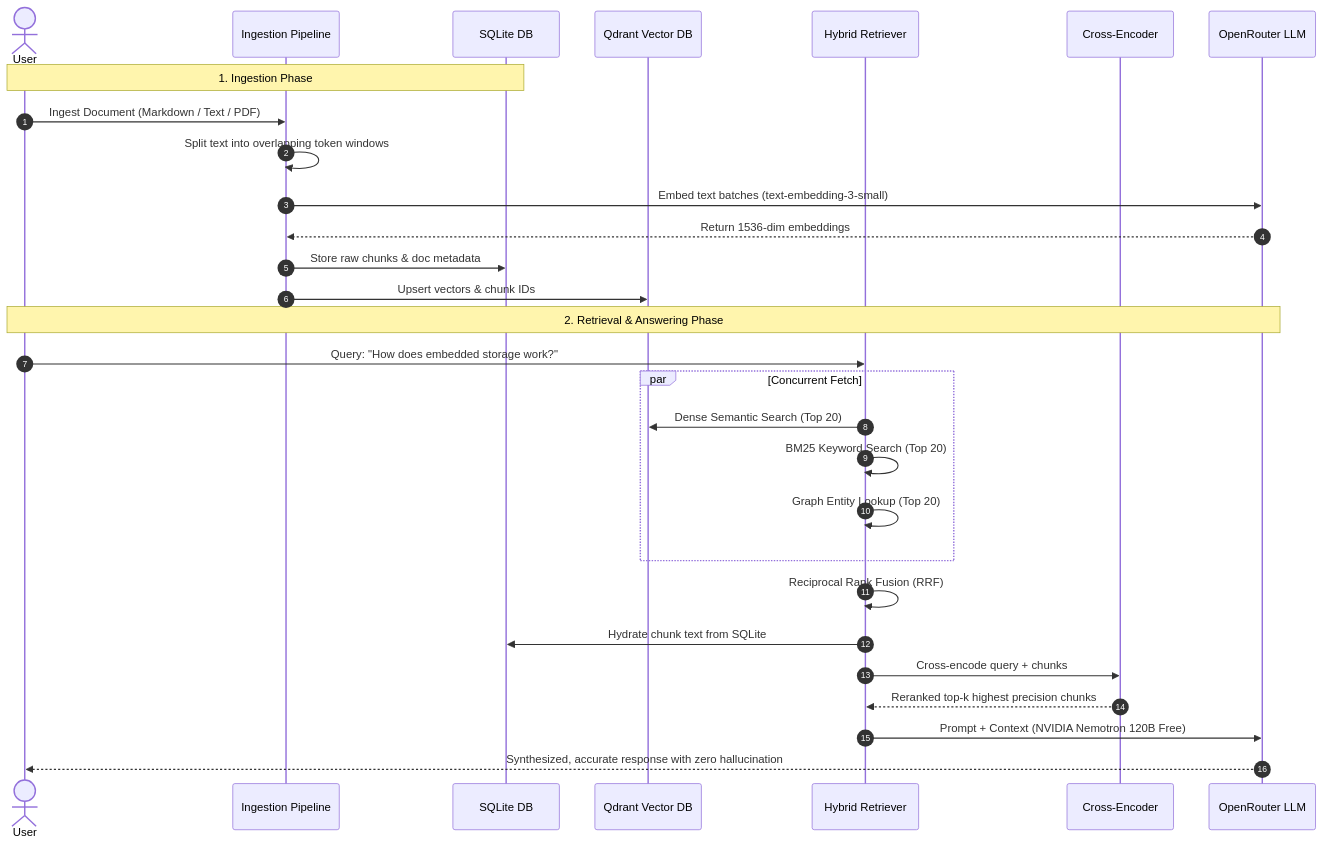
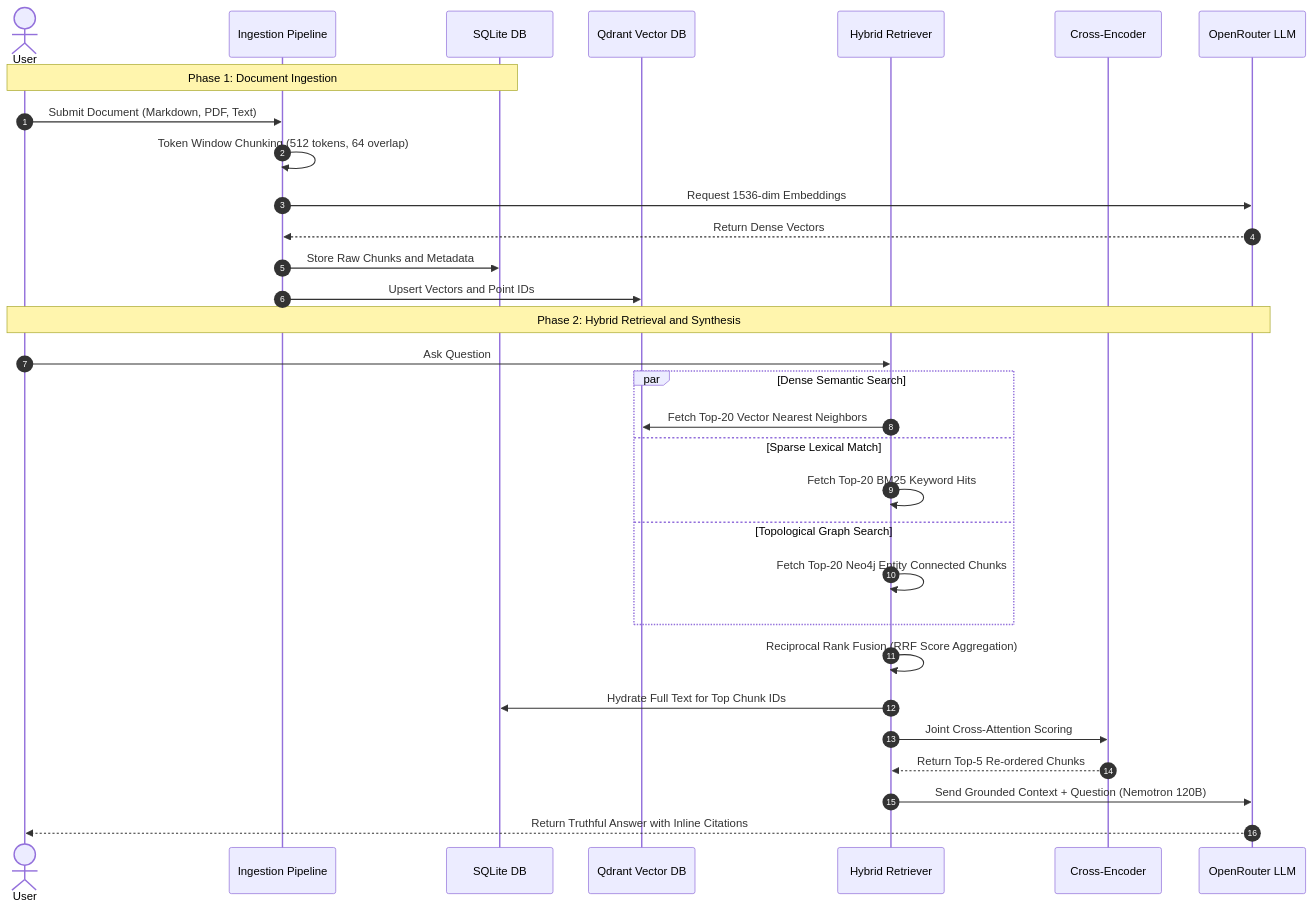
Before and after one commit to piyushkumar2025b-arch/personal-intelligence: the diagram in README.md, drawn with Mermaid.

Commit message:
fix(readme): fix Mermaid sequenceDiagram syntax with proper par/and blocks and actor notes

````diff
--- a/README.md
+++ b/README.md
@@ -158,33 +158,35 @@
 ```mermaid
 sequenceDiagram
     autonumber
-    actor User
+    actor User as User
     participant Ingest as Ingestion Pipeline
     participant DB as SQLite DB
     participant Qdrant as Qdrant Vector DB
     participant Retriever as Hybrid Retriever
     participant Reranker as Cross-Encoder
     participant LLM as OpenRouter LLM
 
-    Note over User, DB: 1. Ingestion Phase
-    User->>Ingest: Ingest Document (Markdown / Text / PDF)
-    Ingest->>Ingest: Split text into overlapping token windows
-    Ingest->>LLM: Embed text batches (text-embedding-3-small)
-    LLM-->>Ingest: Return 1536-dim embeddings
-    Ingest->>DB: Store raw chunks & doc metadata
-    Ingest->>Qdrant: Upsert vectors & chunk IDs
+    Note over User,DB: Phase 1: Document Ingestion
+    User->>Ingest: Submit Document (Markdown, PDF, Text)
+    Ingest->>Ingest: Token Window Chunking (512 tokens, 64 overlap)
+    Ingest->>LLM: Request 1536-dim Embeddings
+    LLM-->>Ingest: Return Dense Vectors
+    Ingest->>DB: Store Raw Chunks and Metadata
+    Ingest->>Qdrant: Upsert Vectors and Point IDs
 
-    Note over User, LLM: 2. Retrieval & Answering Phase
-    User->>Retriever: Query: "How does embedded storage work?"
-    par Concurrent Fetch
-        Retriever->>Qdrant: Dense Semantic Search (Top 20)
-        Retriever->>Retriever: BM25 Keyword Search (Top 20)
-        Retriever->>Retriever: Graph Entity Lookup (Top 20)
+    Note over User,LLM: Phase 2: Hybrid Retrieval and Synthesis
+    User->>Retriever: Ask Question
+    par Dense Semantic Search
+        Retriever->>Qdrant: Fetch Top-20 Vector Nearest Neighbors
+    and Sparse Lexical Match
+        Retriever->>Retriever: Fetch Top-20 BM25 Keyword Hits
+    and Topological Graph Search
+        Retriever->>Retriever: Fetch Top-20 Neo4j Entity Connected Chunks
     end
-    Retriever->>Retriever: Reciprocal Rank Fusion (RRF)
-    Retriever->>DB: Hydrate chunk text from SQLite
-    Retriever->>Reranker: Cross-encode query + chunks
-    Reranker-->>Retriever: Reranked top-k highest precision chunks
-    Retriever->>LLM: Prompt + Context (NVIDIA Nemotron 120B Free)
-    LLM-->>User: Synthesized, accurate response with zero hallucination
+    Retriever->>Retriever: Reciprocal Rank Fusion (RRF Score Aggregation)
+    Retriever->>DB: Hydrate Full Text for Top Chunk IDs
+    Retriever->>Reranker: Joint Cross-Attention Scoring
+    Reranker-->>Retriever: Return Top-5 Re-ordered Chunks
+    Retriever->>LLM: Send Grounded Context + Question (Nemotron 120B)
+    LLM-->>User: Return Truthful Answer with Inline Citations
 ```
````
